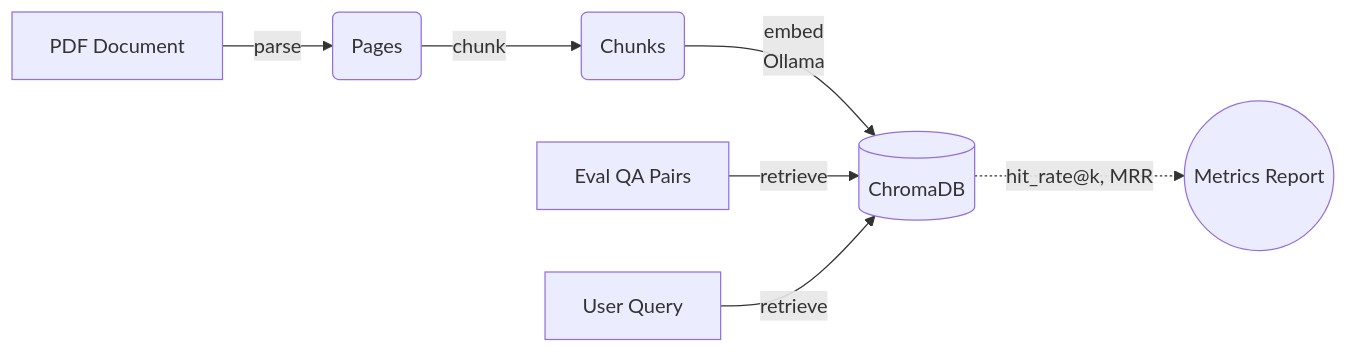
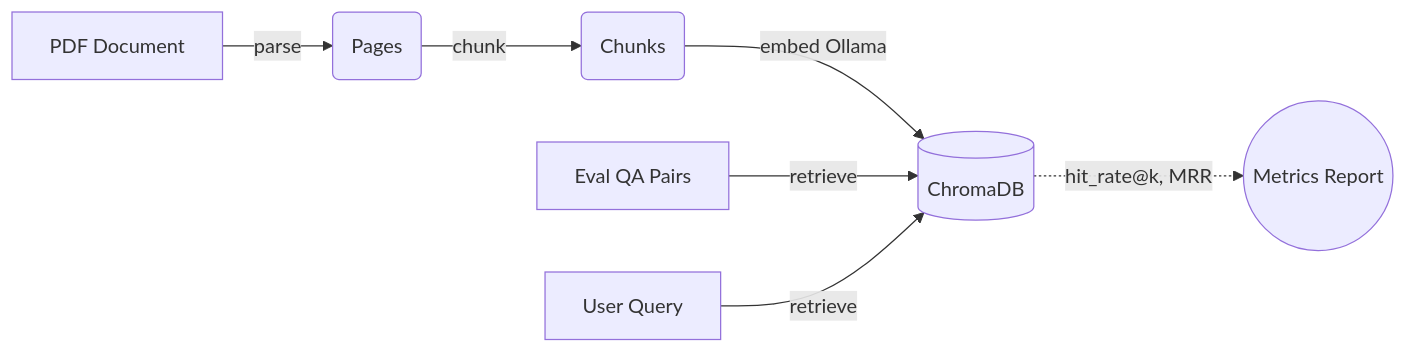
One commit to Aryanmishra-dev/rag-evalforge changed the diagram in README.md. Above: the diagram before and after it, drawn with Mermaid. The commit also changed other lines of this file and 48 other files, not shown here.

````diff
--- a/README.md
+++ b/README.md
@@ -31,11 +91,11 @@
 ```mermaid
 flowchart LR
     A[PDF Document] -- parse --> B(Pages)
     B -- chunk --> C(Chunks)
-    C -- embed\nOllama --> D[(ChromaDB)]
-    
+    C -- embed Ollama --> D[(ChromaDB)]
+
     E[Eval QA Pairs] -- retrieve --> D
     F[User Query] -- retrieve --> D
-    
+
     D -. hit_rate@k, MRR .-> G((Metrics Report))
 ```
````
